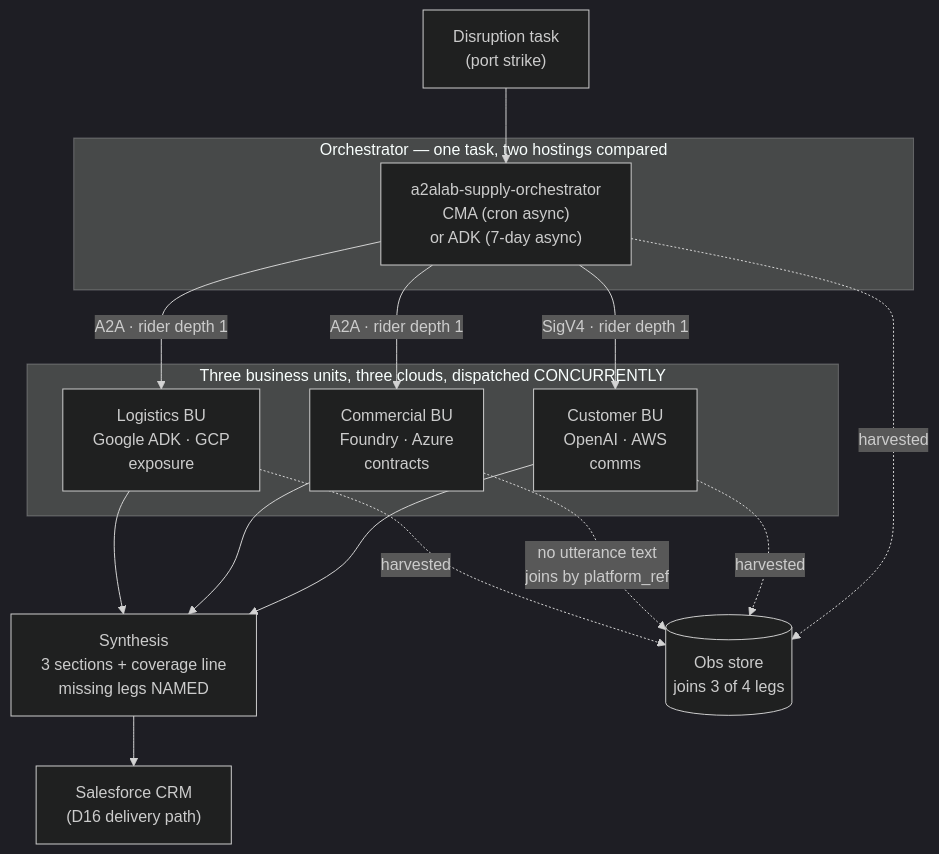
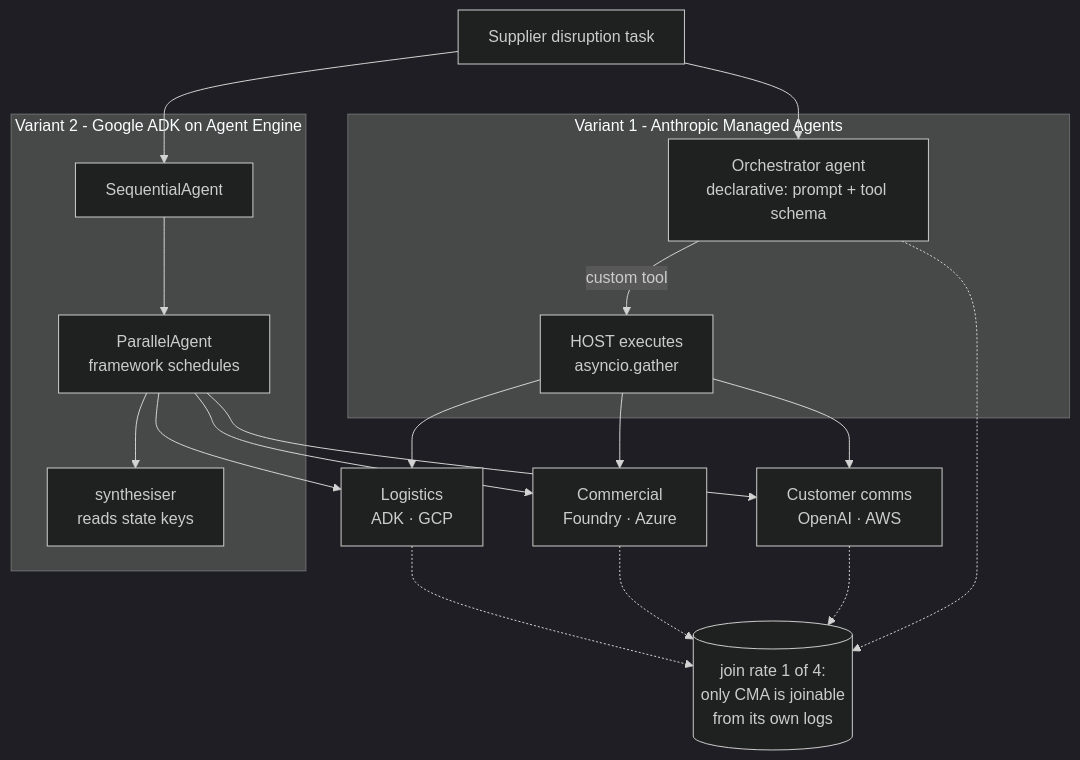
Diagram 13 of 13 in plan/08-insights.md (congmingwudi/a2a-lab), drawn with Mermaid (dark theme) before and after one commit. The commit also changed other lines of this file and 14 other files, not shown here.

First line of the commit message:
Cross-cloud identity for the ADK orchestrator: 0/3 legs to 3/3

````diff
--- a/plan/08-insights.md
+++ b/plan/08-insights.md
@@ -600,28 +608,31 @@
 ```mermaid
 flowchart TB
-    OP["Disruption task<br/>(port strike)"] --> ORC
+    T["Supplier disruption task"] --> C
+    T --> A
 
-    subgraph orc["Orchestrator — one task, two hostings compared"]
-        ORC["a2alab-supply-orchestrator<br/>CMA (cron async)<br/>or ADK (7-day async)"]
+    subgraph cma["Variant 1 - Anthropic Managed Agents"]
+        C["Orchestrator agent<br/>declarative: prompt + tool schema"]
+        C -- "custom tool" --> H["HOST executes<br/>asyncio.gather"]
     end
 
-    ORC -- "A2A · rider depth 1" --> L1
-    ORC -- "A2A · rider depth 1" --> L2
-    ORC -- "SigV4 · rider depth 1" --> L3
-
-    subgraph legs["Three business units, three clouds, dispatched CONCURRENTLY"]
-        L1["Logistics BU<br/>Google ADK · GCP<br/>exposure"]
-        L2["Commercial BU<br/>Foundry · Azure<br/>contracts"]
-        L3["Customer BU<br/>OpenAI · AWS<br/>comms"]
+    subgraph adk["Variant 2 - Google ADK on Agent Engine"]
+        A["SequentialAgent"] --> P["ParallelAgent<br/>framework schedules"]
+        P --> S["synthesiser<br/>reads state keys"]
     end
 
-    L1 --> SYN
-    L2 --> SYN
-    L3 --> SYN
-    SYN["Synthesis<br/>3 sections + coverage line<br/>missing legs NAMED"] --> CRM["Salesforce CRM<br/>(D16 delivery path)"]
+    H --> L1
+    H --> L2
+    H --> L3
+    P --> L1
+    P --> L2
+    P --> L3
 
-    L1 -.harvested.-> OBS[("Obs store<br/>joins 3 of 4 legs")]
-    L2 -."no utterance text<br/>joins by platform_ref".-> OBS
-    L3 -.harvested.-> OBS
-    ORC -.harvested.-> OBS
+    L1["Logistics<br/>ADK · GCP"]
+    L2["Commercial<br/>Foundry · Azure"]
+    L3["Customer comms<br/>OpenAI · AWS"]
+
+    L1 -.-> OBS[("join rate 1 of 4:<br/>only CMA is joinable<br/>from its own logs")]
+    L2 -.-> OBS
+    L3 -.-> OBS
+    C -.-> OBS
 ```
````
